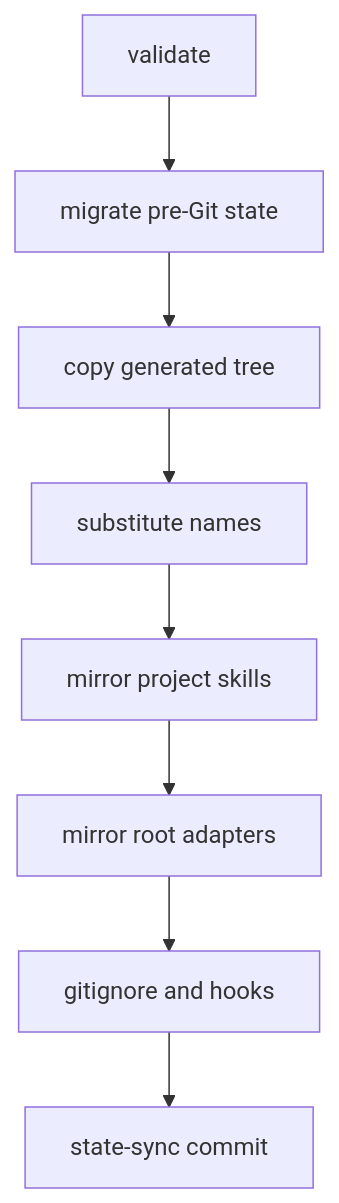
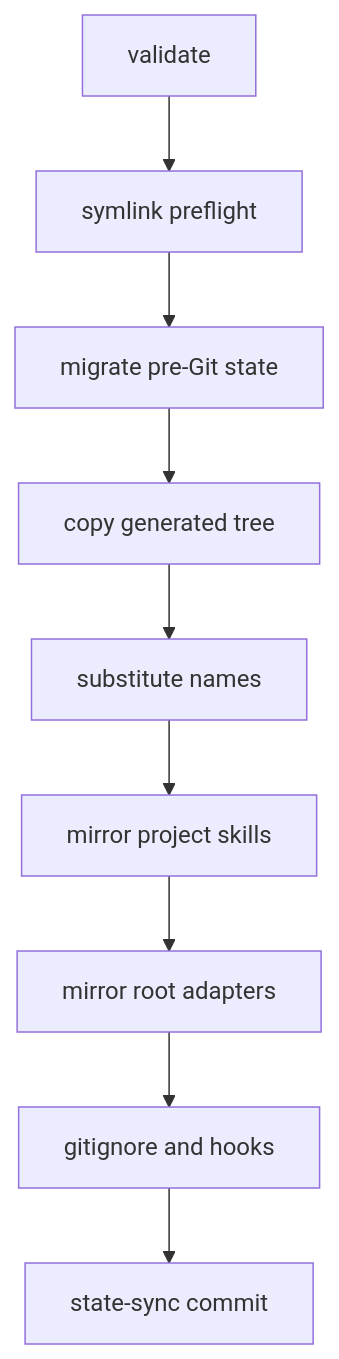
The diagram in openwiki/operations/install-ownership-and-runtime-checks.md (Ghisso/github_copilot_bootstrap), drawn with Mermaid before and after one commit. The commit also changed other lines of this file and 16 other files, not shown here.

````diff
--- a/openwiki/operations/install-ownership-and-runtime-checks.md
+++ b/openwiki/operations/install-ownership-and-runtime-checks.md
@@ -133,10 +148,11 @@
 ```mermaid
 flowchart TD
-    V[validate] --> M[migrate pre-Git state]
+    V[validate] --> L[symlink preflight]
+    L --> M[migrate pre-Git state]
     M --> C[copy generated tree]
     C --> S[substitute names]
     S --> P[mirror project skills]
     P --> B[mirror root adapters]
     B --> I[gitignore and hooks]
     I --> Y[state-sync commit]
 ```
````
